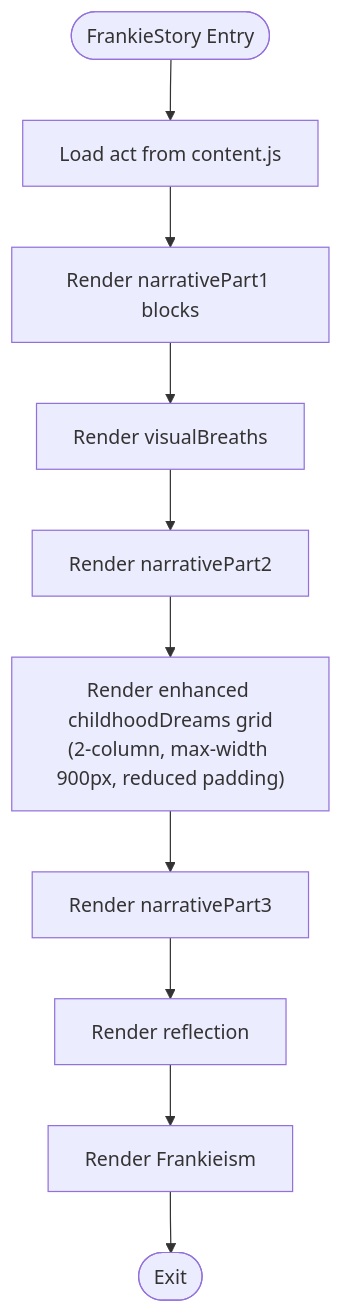
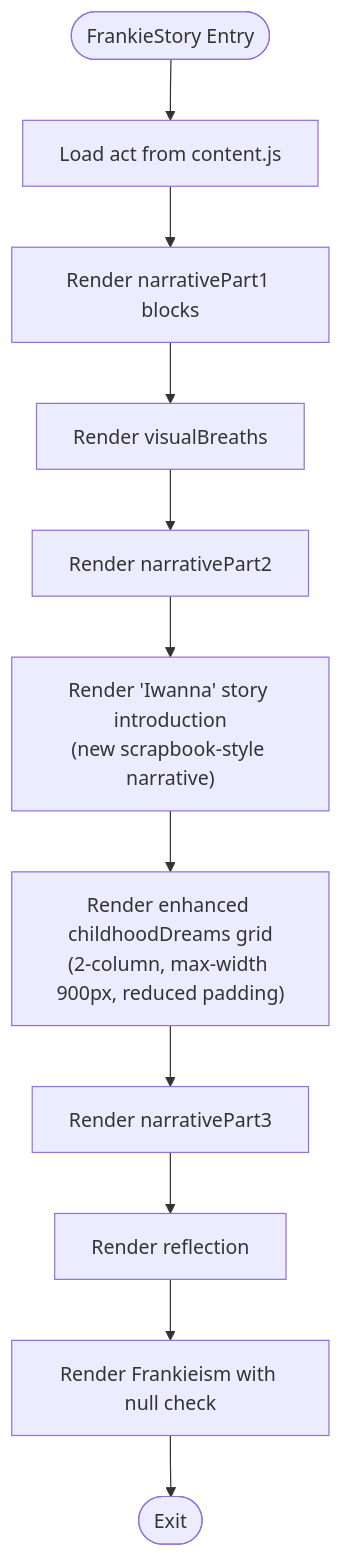
One commit to rakeshmaity271/frankie-picasso changed the sixth of 13 diagrams in .qoder/repowiki/en/content/Frontend Components/Enhanced Scrapbook Component.md. Above: the diagram before and after it, drawn with Mermaid. The commit also changed other lines of this file and 24 other files, not shown here.

````diff
--- a/.qoder/repowiki/en/content/Frontend Components/Enhanced Scrapbook Component.md
+++ b/.qoder/repowiki/en/content/Frontend Components/Enhanced Scrapbook Component.md
@@ -250,12 +296,13 @@
 ```mermaid
 flowchart TD
 S(["FrankieStory Entry"]) --> LoadData["Load act from content.js"]
 LoadData --> Part1["Render narrativePart1 blocks"]
 Part1 --> Breaths["Render visualBreaths"]
 Breaths --> Part2["Render narrativePart2"]
-Part2 --> EnhancedScrapbook["Render enhanced childhoodDreams grid<br/>(2-column, max-width 900px, reduced padding)"]
+Part2 --> IwannaIntro["Render 'Iwanna' story introduction<br/>(new scrapbook-style narrative)"]
+IwannaIntro --> EnhancedScrapbook["Render enhanced childhoodDreams grid<br/>(2-column, max-width 900px, reduced padding)"]
 EnhancedScrapbook --> Part3["Render narrativePart3"]
 Part3 --> Reflection["Render reflection"]
-Reflection --> Frankieism["Render Frankieism"]
+Reflection --> Frankieism["Render Frankieism with null check"]
 Frankieism --> End(["Exit"])
 ```
````
